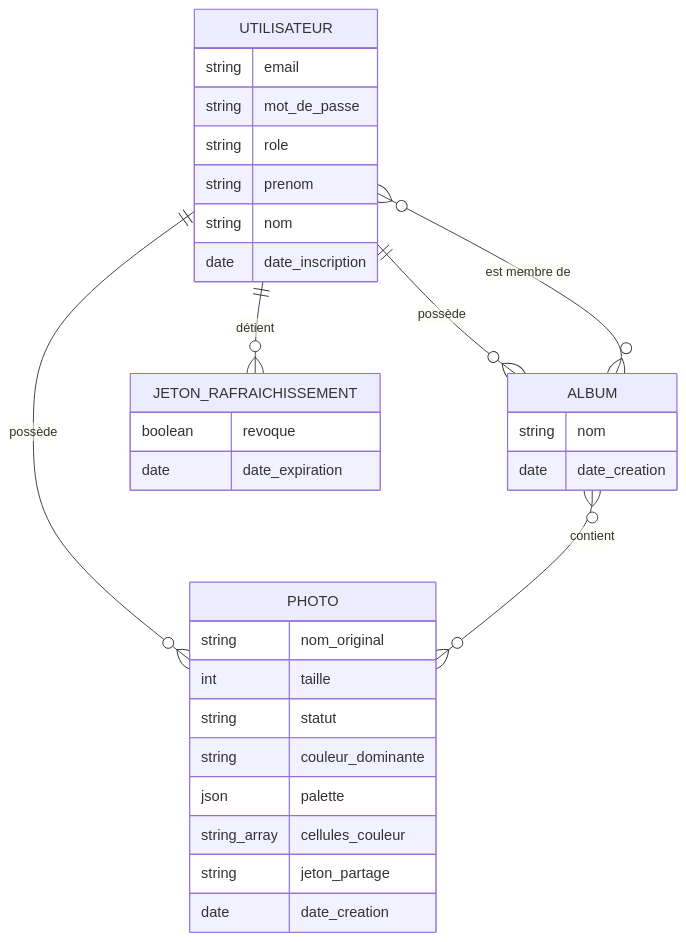
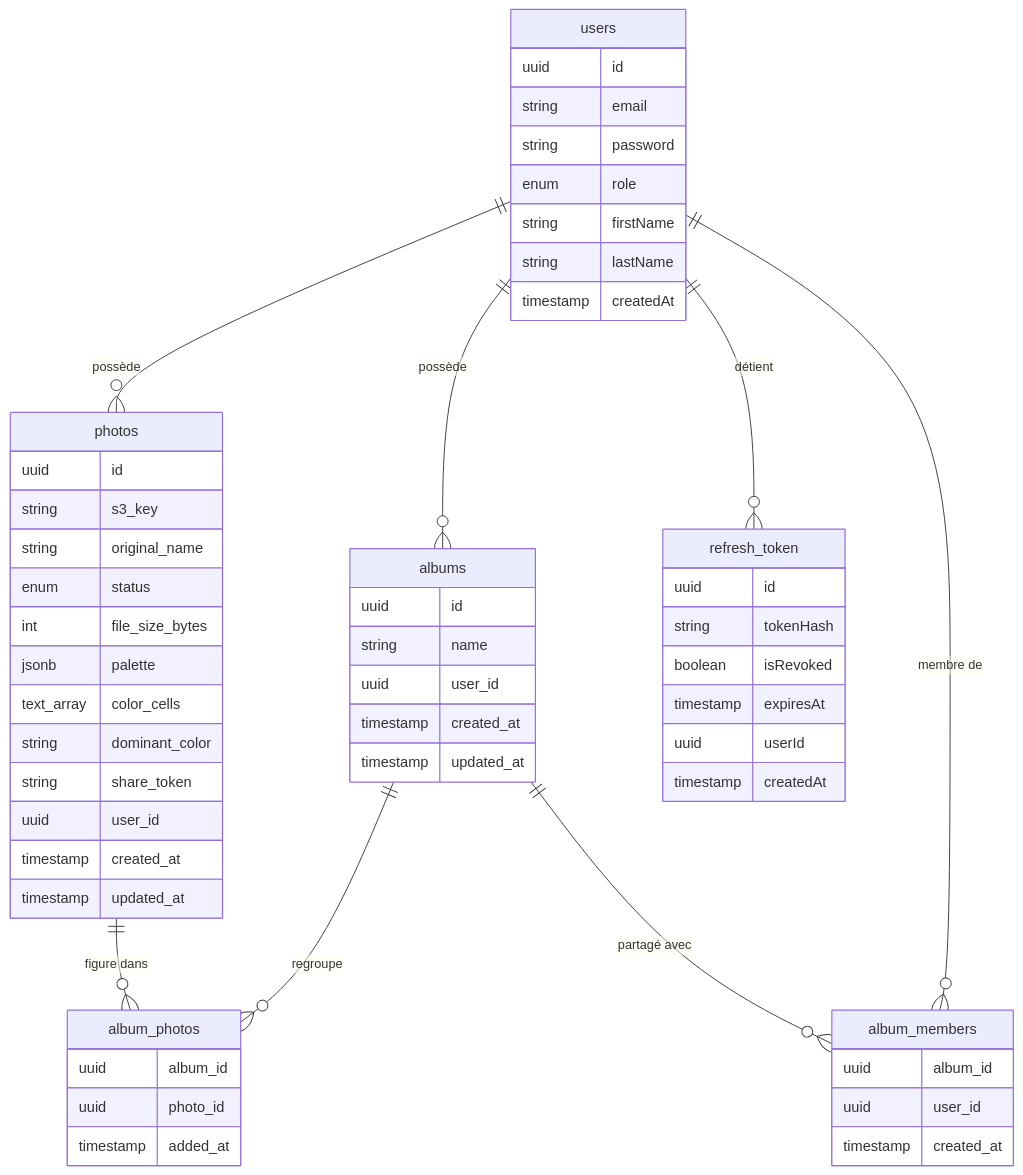
Before and after one commit to TonyMascate/fil_rouge_plateforme: the first of 3 diagrams in docs/modelisation-donnees.md, drawn with Mermaid. The commit also changed other lines of this file and 6 other files, not shown here.

````diff
--- a/docs/modelisation-donnees.md
+++ b/docs/modelisation-donnees.md
@@ -31,35 +33,59 @@
 ```mermaid
 erDiagram
-    UTILISATEUR {
+    users {
+        uuid id
         string email
-        string mot_de_passe
-        string role
-        string prenom
-        string nom
-        date date_inscription
+        string password
+        enum role
+        string firstName
+        string lastName
+        timestamp createdAt
     }
-    PHOTO {
-        string nom_original
-        int taille
-        string statut
-        string couleur_dominante
-        json palette
-        string_array cellules_couleur
-        string jeton_partage
-        date date_creation
+    photos {
+        uuid id
+        string s3_key
+        string original_name
+        enum status
+        int file_size_bytes
+        jsonb palette
+        text_array color_cells
+        string dominant_color
+        string share_token
+        uuid user_id
+        timestamp created_at
+        timestamp updated_at
     }
-    ALBUM {
-        string nom
-        date date_creation
+    albums {
+        uuid id
+        string name
+        uuid user_id
+        timestamp created_at
+        timestamp updated_at
     }
-    JETON_RAFRAICHISSEMENT {
-        boolean revoque
-        date date_expiration
+    album_photos {
+        uuid album_id
+        uuid photo_id
+        timestamp added_at
+    }
+    album_members {
+        uuid album_id
+        uuid user_id
+        timestamp created_at
+    }
+    refresh_token {
+        uuid id
+        string tokenHash
+        boolean isRevoked
+        timestamp expiresAt
+        uuid userId
+        timestamp createdAt
     }
 
-    UTILISATEUR ||--o{ PHOTO                  : "possède"
-    UTILISATEUR ||--o{ ALBUM                  : "possède"
-    UTILISATEUR ||--o{ JETON_RAFRAICHISSEMENT : "détient"
-    ALBUM       }o--o{ PHOTO                  : "contient"
-    UTILISATEUR }o--o{ ALBUM                  : "est membre de"
+    users  ||--o{ photos        : "possède"
+    users  ||--o{ albums        : "possède"
+    users  ||--o{ refresh_token : "détient"
+    albums ||--o{ album_photos  : "regroupe"
+    photos ||--o{ album_photos  : "figure dans"
+    albums ||--o{ album_members : "partagé avec"
+    users  ||--o{ album_members : "membre de"
 ```
````
